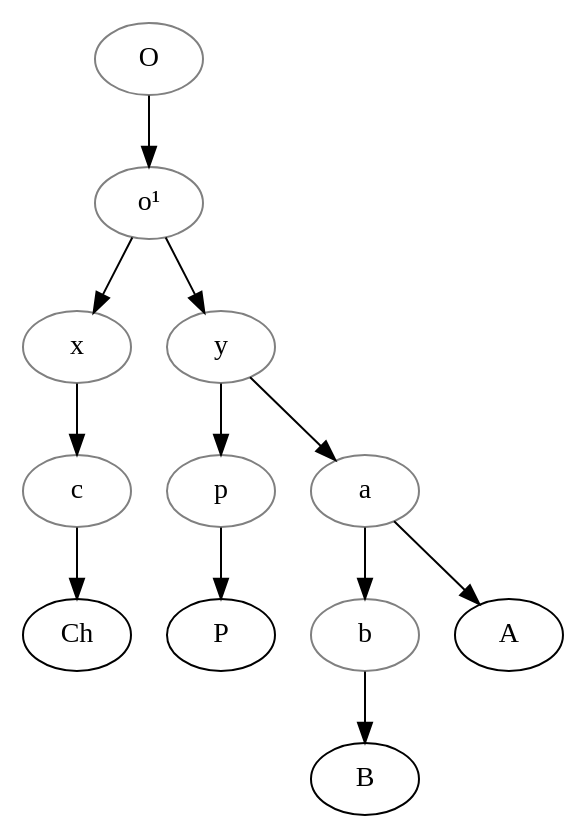
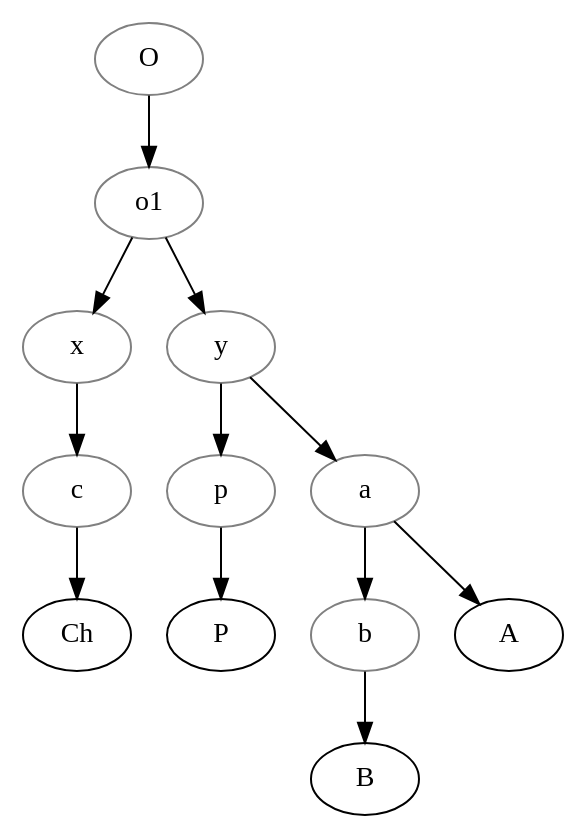
The diagram in data/fro/Lewis_1915_ApolloniusTyrII/stemma.gv (OpenStemmata/database), drawn with Graphviz before and after one commit. The commit also changed 93 other files, not shown here.

```diff
--- a/data/fro/Lewis_1915_ApolloniusTyrII/stemma.gv
+++ b/data/fro/Lewis_1915_ApolloniusTyrII/stemma.gv
@@ -1,24 +1,25 @@
 digraph {
 O[color="grey"];
 o1[color="grey"];
 x[color="grey"];
 c[color="grey"];
 y[color="grey"];
 p[color="grey"];
 a[color="grey"];
 b[color="grey"];
-o1[label="o¹"];
 
 O->o1;
 o1->x;
 x->c;
 c->Ch;
 o1->y;
 y->p;
 p->P;
 y->a;
 a->A;
 a->b;
 b->B;
 
+
+
 }
```
